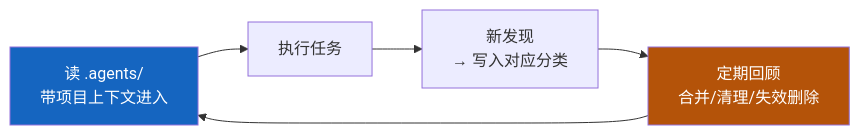
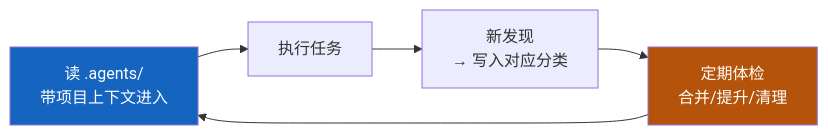
The second of 2 diagrams in README.zh-CN.md (yeasy/AgentGo), drawn with Mermaid before and after one commit. The commit also changed other lines of this file and 3 other files, not shown here.

````diff
--- a/README.zh-CN.md
+++ b/README.zh-CN.md
@@ -125,10 +125,10 @@
 ```mermaid
 flowchart LR
     A["读 .agents/\n带项目上下文进入"] --> B["执行任务"]
     B --> C["新发现\n→ 写入对应分类"]
-    C --> D["定期回顾\n合并/清理/失效删除"]
+    C --> D["定期体检\n合并/提升/清理"]
     D --> A
 
     style A fill:#1565C0,color:#fff
     style D fill:#B45309,color:#fff
 ```
````
